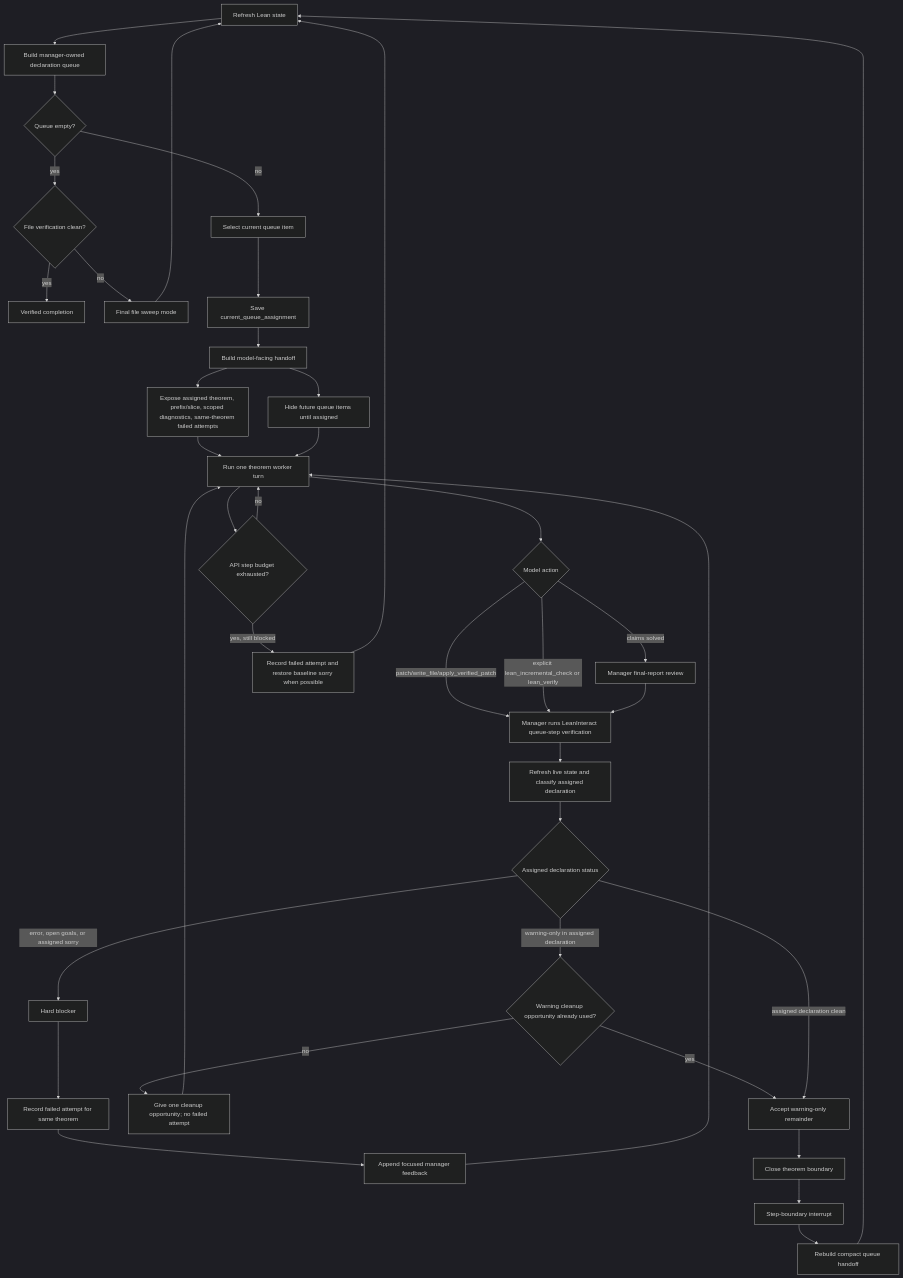
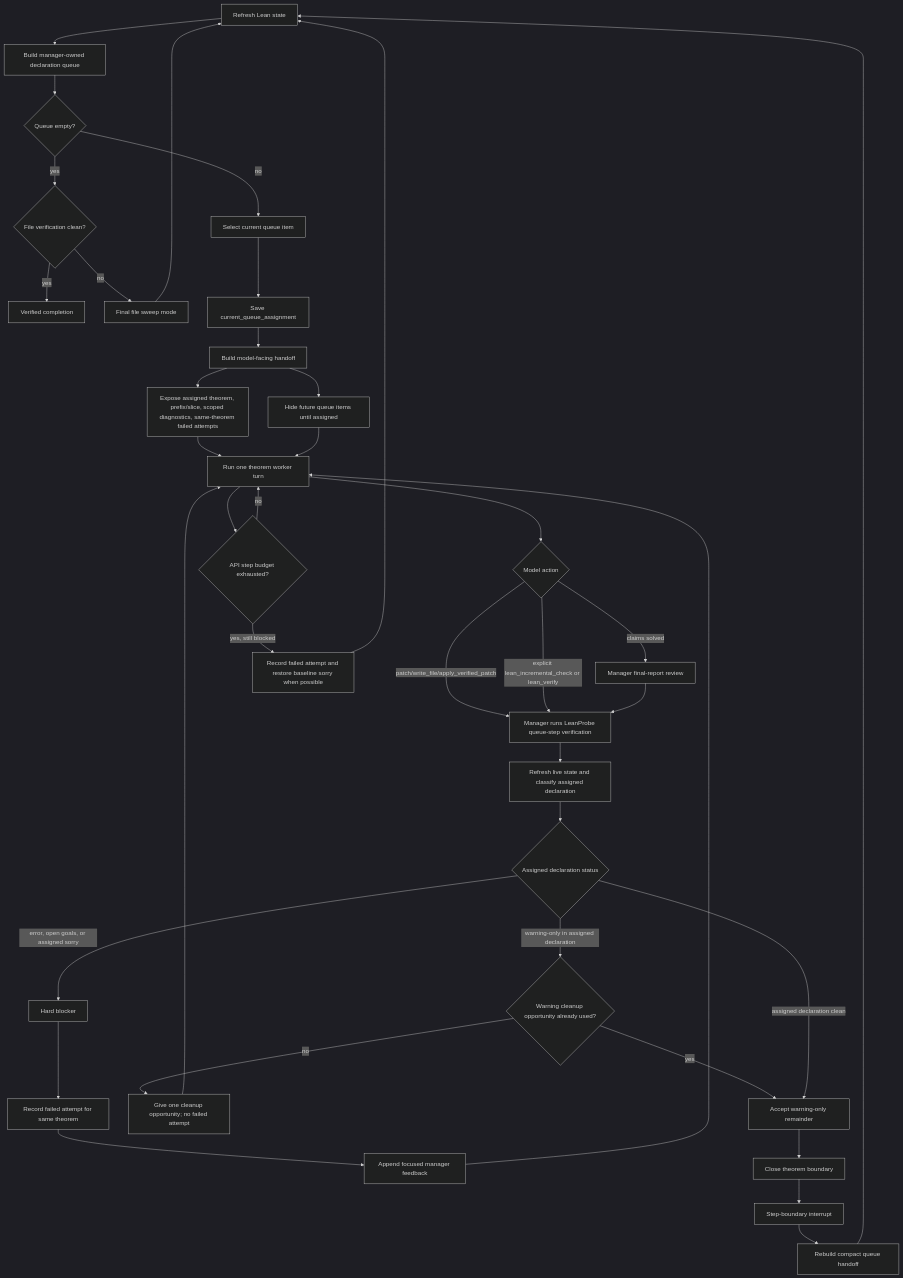
The diagram in docs/product-reference.md (epfl-lara/LeanFlow), drawn with Mermaid (dark theme) before and after one commit. The commit also changed other lines of this file and 53 other files, not shown here.

First line of the commit message:
feat(research): add web, PDF, and LeanProbe-assisted proof search

````diff
--- a/docs/product-reference.md
+++ b/docs/product-reference.md
@@ -713,48 +713,48 @@
 ```mermaid
 flowchart TD
     A["Refresh Lean state"] --> B["Build manager-owned declaration queue"]
     B --> C{"Queue empty?"}
 
     C -- "yes" --> D{"File verification clean?"}
     D -- "yes" --> Z["Verified completion"]
     D -- "no" --> F["Final file sweep mode"]
     F --> A
 
     C -- "no" --> G["Select current queue item"]
     G --> H["Save current_queue_assignment"]
     H --> I["Build model-facing handoff"]
     I --> I1["Expose assigned theorem, prefix/slice, scoped diagnostics, same-theorem failed attempts"]
     I --> I2["Hide future queue items until assigned"]
     I1 --> J["Run one theorem worker turn"]
     I2 --> J
 
     J --> K{"Model action"}
-    K -- "patch/write_file/apply_verified_patch" --> L["Manager runs LeanInteract queue-step verification"]
+    K -- "patch/write_file/apply_verified_patch" --> L["Manager runs LeanProbe queue-step verification"]
     K -- "explicit lean_incremental_check or lean_verify" --> L
     K -- "claims solved" --> M["Manager final-report review"]
     M --> L
 
     L --> N["Refresh live state and classify assigned declaration"]
     N --> O{"Assigned declaration status"}
 
     O -- "error, open goals, or assigned sorry" --> P["Hard blocker"]
     P --> P1["Record failed attempt for same theorem"]
     P1 --> P2["Append focused manager feedback"]
     P2 --> J
 
     O -- "warning-only in assigned declaration" --> Q{"Warning cleanup opportunity already used?"}
     Q -- "no" --> Q1["Give one cleanup opportunity; no failed attempt"]
     Q1 --> J
     Q -- "yes" --> R["Accept warning-only remainder"]
 
     O -- "assigned declaration clean" --> R
     R --> S["Close theorem boundary"]
     S --> T["Step-boundary interrupt"]
     T --> U["Rebuild compact queue handoff"]
     U --> A
 
     J --> V{"API step budget exhausted?"}
     V -- "yes, still blocked" --> W["Record failed attempt and restore baseline sorry when possible"]
     W --> A
     V -- "no" --> J
 ```
````
